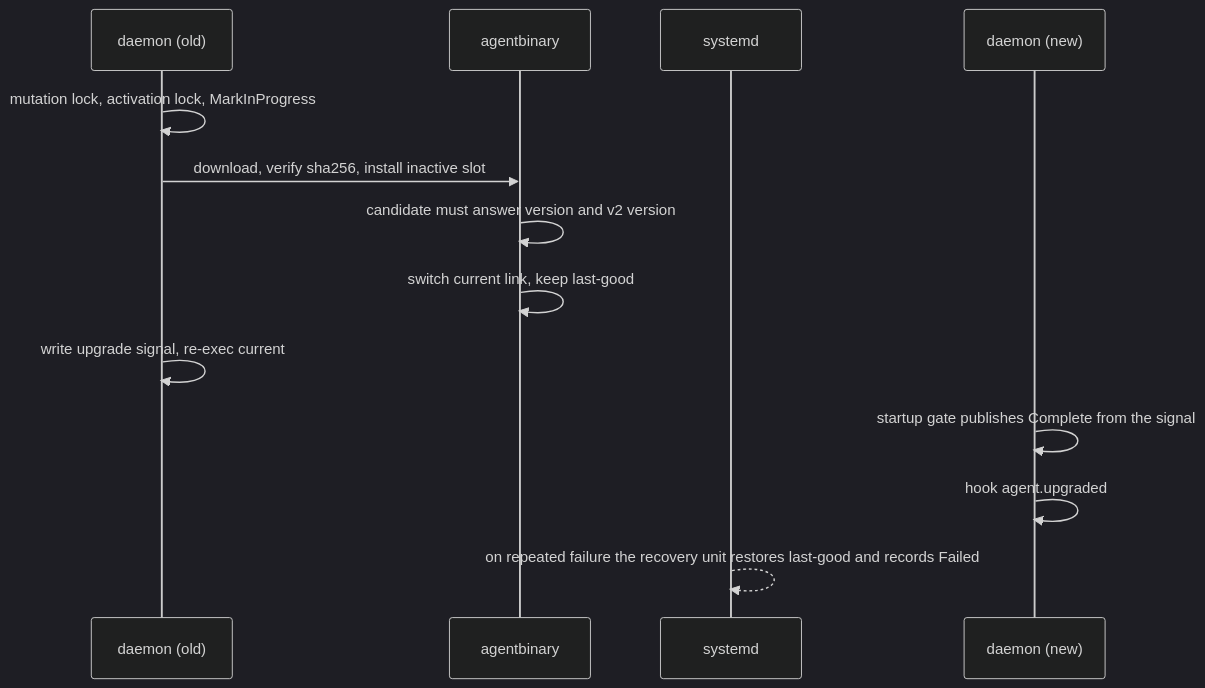
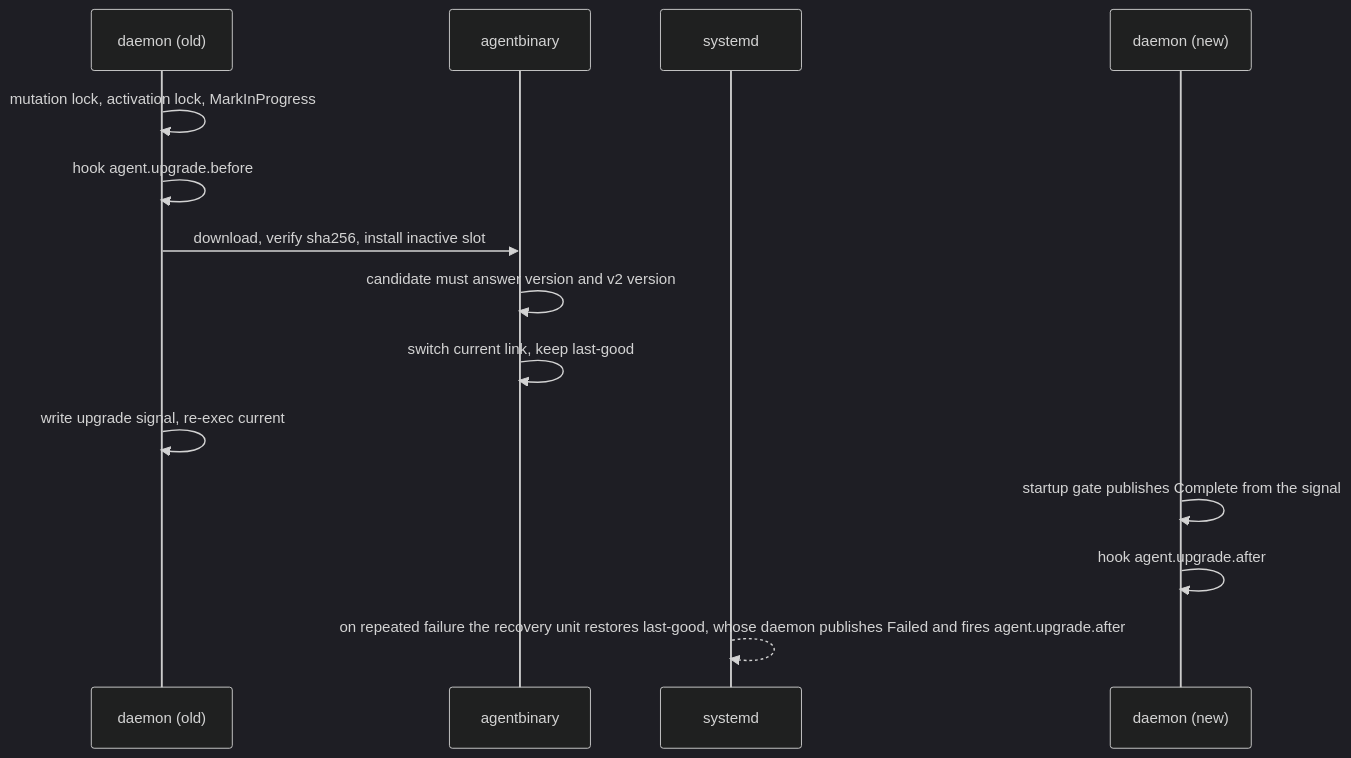
Before and after one commit to Azure/unbounded: the eighth of 13 diagrams in designs/agent-v2.md, drawn with Mermaid (dark theme). The commit also changed other lines of this file, not shown here.

First line of the commit message:
designs: rename agent v2 lifecycle events to <subject>.<state>.<before|after>

````diff
--- a/designs/agent-v2.md
+++ b/designs/agent-v2.md
@@ -1089,15 +1159,16 @@
 ```mermaid
 sequenceDiagram
   participant D as daemon (old)
   participant AB as agentbinary
   participant SD as systemd
   participant N as daemon (new)
   D->>D: mutation lock, activation lock, MarkInProgress
+  D->>D: hook agent.upgrade.before
   D->>AB: download, verify sha256, install inactive slot
   AB->>AB: candidate must answer version and v2 version
   AB->>AB: switch current link, keep last-good
   D->>D: write upgrade signal, re-exec current
   N->>N: startup gate publishes Complete from the signal
-  N->>N: hook agent.upgraded
-  SD-->>SD: on repeated failure the recovery unit restores last-good and records Failed
+  N->>N: hook agent.upgrade.after
+  SD-->>SD: on repeated failure the recovery unit restores last-good, whose daemon publishes Failed and fires agent.upgrade.after
 ```
````
